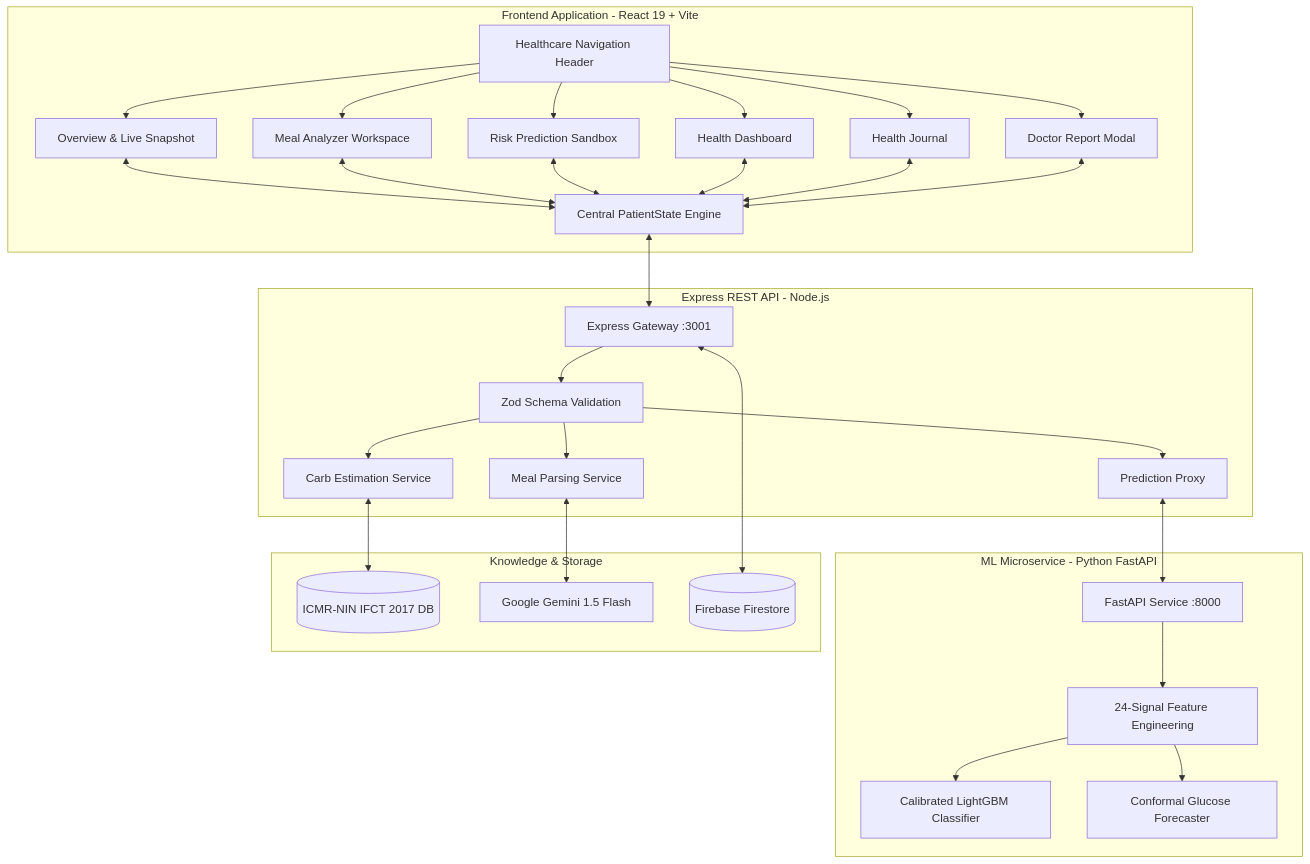
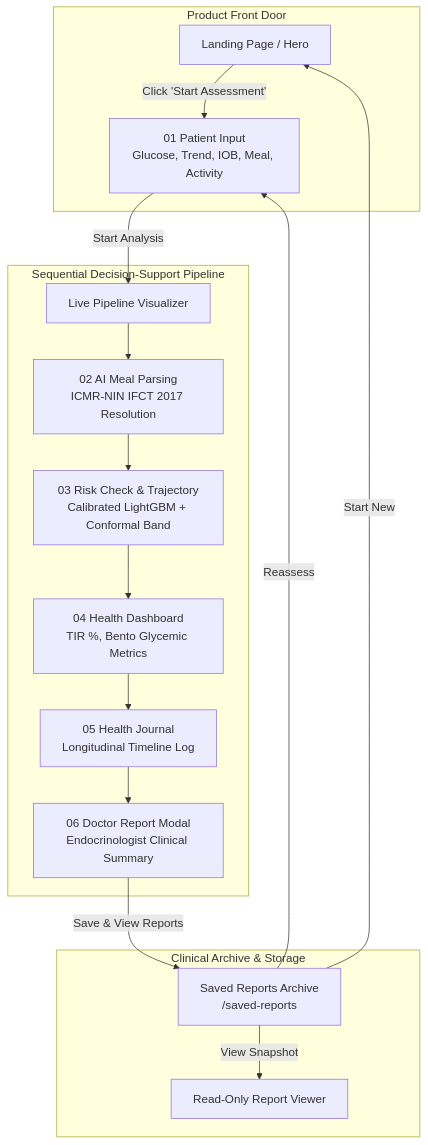
One commit to badgujarkunal93-blip/GlucoSaathi changed the diagram in README.md. Above: the diagram before and after it, drawn with Mermaid. The commit also changed other lines of this file and 1 other file, not shown here.

Commit message:
docs: update DETAILED_REPORT.md and README.md with complete architecture, dynamic trajectory engine, saved reports workflow and Vercel guide

````diff
--- a/README.md
+++ b/README.md
@@ -43,45 +68,22 @@
 ```mermaid
-flowchart TB
-    subgraph UI_LAYER [Frontend Application - React 19 + Vite]
-        NAV[Healthcare Navigation Header]
-        OVERVIEW[Overview & Live Snapshot]
-        MEAL_UI[Meal Analyzer Workspace]
-        RISK_UI[Risk Prediction Sandbox]
-        DASH_UI[Health Dashboard]
-        JOURNAL_UI[Health Journal]
-        REPORT_UI[Doctor Report Modal]
-        STATE[Central PatientState Engine]
+flowchart TD
+    subgraph STAGE_00 [Product Front Door]
+        LP[Landing Page / Hero] -->|Click 'Start Assessment'| STAGE_01
     end
 
-    subgraph BACKEND_LAYER [Express REST API - Node.js]
-        API[Express Gateway :3001]
-        VAL[Zod Schema Validation]
-        MEAL_SRV[Meal Parsing Service]
-        CARB_SRV[Carb Estimation Service]
-        PRED_SRV[Prediction Proxy]
+    subgraph CLINICAL_PIPELINE [Sequential Decision-Support Pipeline]
+        STAGE_01[01 Patient Input<br/>Glucose, Trend, IOB, Meal, Activity] -->|Start Analysis| PROC[Live Pipeline Visualizer]
+        PROC --> STAGE_02[02 AI Meal Parsing<br/>ICMR-NIN IFCT 2017 Resolution]
+        STAGE_02 --> STAGE_03[03 Risk Check & Trajectory<br/>Calibrated LightGBM + Conformal Band]
+        STAGE_03 --> STAGE_04[04 Health Dashboard<br/>TIR %, Bento Glycemic Metrics]
+        STAGE_04 --> STAGE_05[05 Health Journal<br/>Longitudinal Timeline Log]
+        STAGE_05 --> STAGE_06[06 Doctor Report Modal<br/>Endocrinologist Clinical Summary]
     end
 
-    subgraph ML_LAYER [ML Microservice - Python FastAPI]
-        FASTAPI[FastAPI Service :8000]
-        FEAT[24-Signal Feature Engineering]
-        LGBM[Calibrated LightGBM Classifier]
-        CONF[Conformal Glucose Forecaster]
+    subgraph ARCHIVE_LAYER [Clinical Archive & Storage]
+        STAGE_06 -->|Save & View Reports| SAVED[Saved Reports Archive<br/>/saved-reports]
+        SAVED -->|View Snapshot| DETAIL[Read-Only Report Viewer]
+        SAVED -->|Reassess| STAGE_01
+        SAVED -->|Start New| LP
     end
-
-    subgraph DATA_LAYER [Knowledge & Storage]
-        IFCT[(ICMR-NIN IFCT 2017 DB)]
-        GEMINI[Google Gemini 1.5 Flash]
-        FIREBASE[(Firebase Firestore)]
-    end
-
-    NAV --> OVERVIEW & MEAL_UI & RISK_UI & DASH_UI & JOURNAL_UI & REPORT_UI
-    OVERVIEW & MEAL_UI & RISK_UI & DASH_UI & JOURNAL_UI & REPORT_UI <--> STATE
-    STATE <--> API
-    API --> VAL
-    VAL --> MEAL_SRV & CARB_SRV & PRED_SRV
-    MEAL_SRV <--> GEMINI
-    CARB_SRV <--> IFCT
-    PRED_SRV <--> FASTAPI
-    FASTAPI --> FEAT --> LGBM & CONF
-    API <--> FIREBASE
 ```
````
